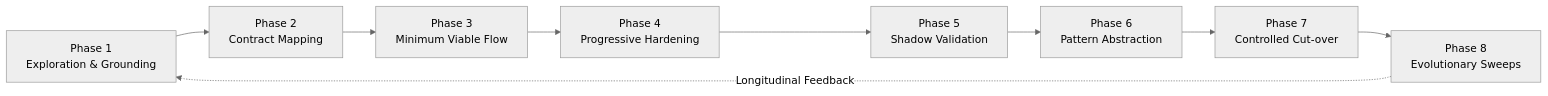
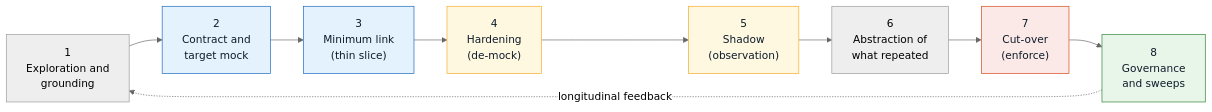
The diagram in docs/en/04-cycle-phases.md (fuzaro/EEEMIAD), drawn with Mermaid (neutral theme) before and after one commit. The commit also changed other lines of this file and 65 other files, not shown here.

First line of the commit message:
feat(v1.1.0): present only EEE, generic examples, evolutionary construction chapter, academic grounding

````diff
--- a/docs/en/04-cycle-phases.md
+++ b/docs/en/04-cycle-phases.md
@@ -9,11 +11,17 @@
 ```mermaid
 flowchart LR
-    F1["Phase 1<br/>Exploration & Grounding"] --> F2["Phase 2<br/>Contract Mapping"]
-    F2 --> F3["Phase 3<br/>Minimum Viable Flow"]
-    F3 --> F4["Phase 4<br/>Progressive Hardening"]
-    F4 --> F5["Phase 5<br/>Shadow Validation"]
-    F5 --> F6["Phase 6<br/>Pattern Abstraction"]
-    F6 --> F7["Phase 7<br/>Controlled Cut-over"]
-    F7 --> F8["Phase 8<br/>Evolutionary Sweeps"]
-    F8 -.->|"Longitudinal Feedback"| F1
+    F1["1<br/>Exploration and<br/>grounding"] --> F2["2<br/>Contract and<br/>target mock"]
+    F2 --> F3["3<br/>Minimum link<br/>(thin slice)"]
+    F3 --> F4["4<br/>Hardening<br/>(de-mock)"]
+    F4 --> F5["5<br/>Shadow<br/>(observation)"]
+    F5 --> F6["6<br/>Abstraction of<br/>what repeated"]
+    F6 --> F7["7<br/>Cut-over<br/>(enforce)"]
+    F7 --> F8["8<br/>Governance<br/>and sweeps"]
+    F8 -.->|"longitudinal feedback"| F1
+    style F2 fill:#e3f2fd,stroke:#1565c0,color:#0d1b2a
+    style F3 fill:#e3f2fd,stroke:#1565c0,color:#0d1b2a
+    style F4 fill:#fff8e1,stroke:#f9a825,color:#0d1b2a
+    style F5 fill:#fff8e1,stroke:#f9a825,color:#0d1b2a
+    style F7 fill:#fbe9e7,stroke:#d84315,color:#0d1b2a
+    style F8 fill:#e8f5e9,stroke:#2e7d32,color:#0d1b2a
 ```
````
